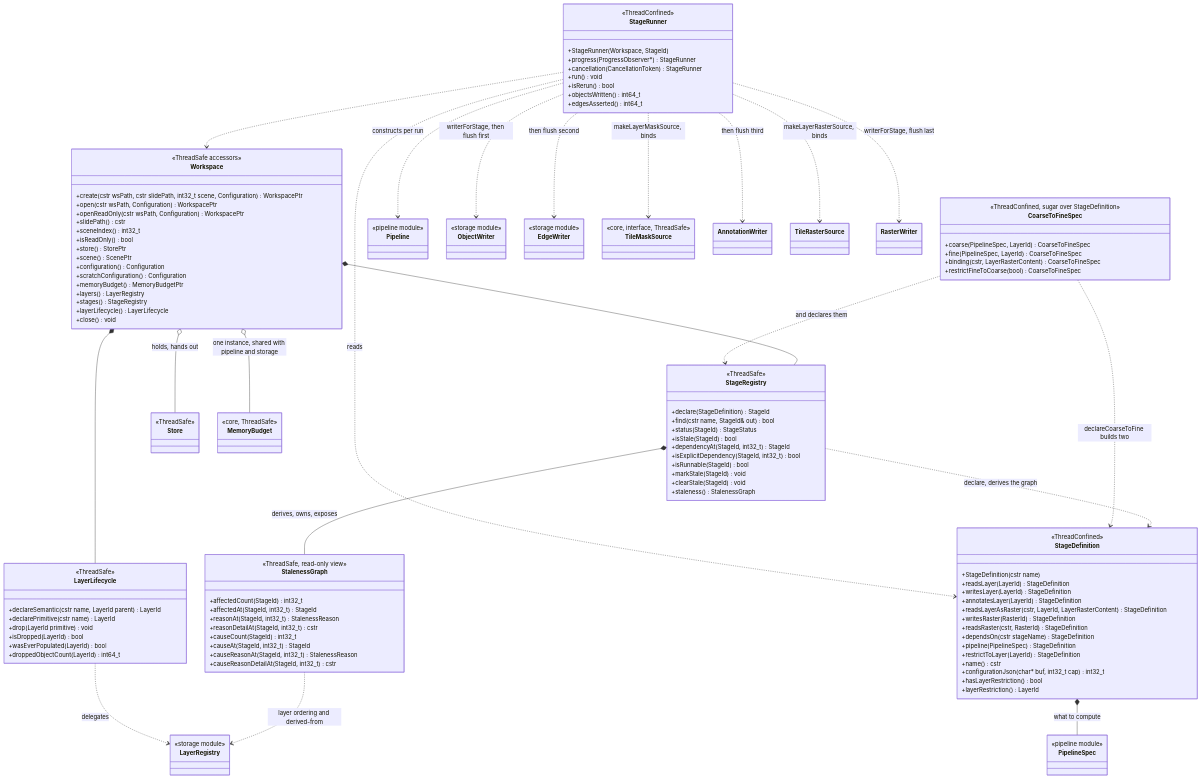
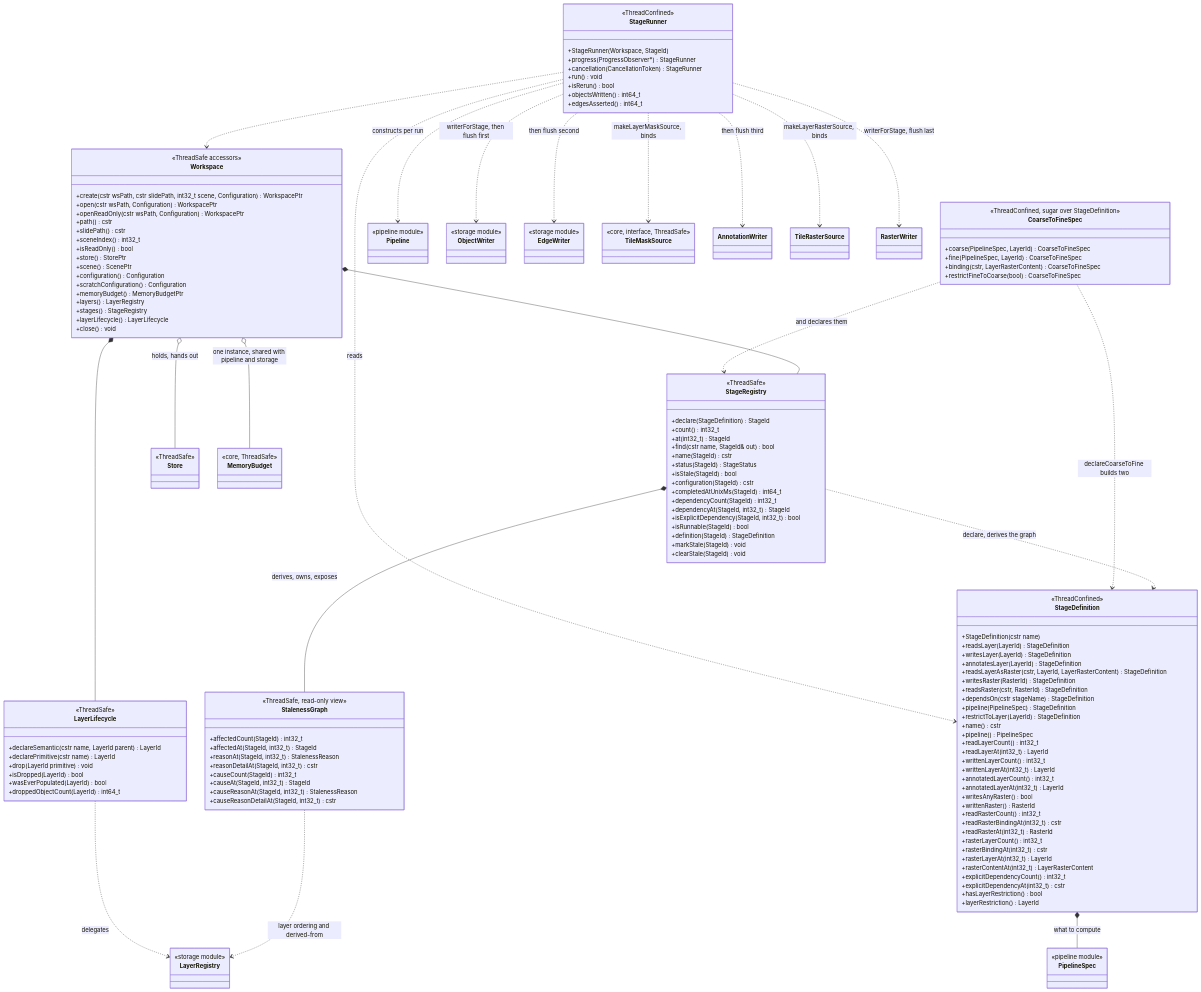
One commit to Booritas/slideio-processor changed the ninth of 14 diagrams in docs/superpowers/specs/sds/08-class-diagrams.md. Above: the diagram before and after it, drawn with Mermaid. The commit also changed 6 other files, not shown here.

```diff
--- a/docs/superpowers/specs/sds/08-class-diagrams.md
+++ b/docs/superpowers/specs/sds/08-class-diagrams.md
@@ -1020,6 +1020,7 @@
         +create(cstr wsPath, cstr slidePath, int32_t scene, Configuration) WorkspacePtr
         +open(cstr wsPath, Configuration) WorkspacePtr
         +openReadOnly(cstr wsPath, Configuration) WorkspacePtr
+        +path() cstr
         +slidePath() cstr
         +sceneIndex() int32_t
         +isReadOnly() bool
@@ -1055,7 +1056,24 @@
         +pipeline(PipelineSpec) StageDefinition
         +restrictToLayer(LayerId) StageDefinition
         +name() cstr
-        +configurationJson(char* buf, int32_t cap) int32_t
+        +pipeline() PipelineSpec
+        +readLayerCount() int32_t
+        +readLayerAt(int32_t) LayerId
+        +writtenLayerCount() int32_t
+        +writtenLayerAt(int32_t) LayerId
+        +annotatedLayerCount() int32_t
+        +annotatedLayerAt(int32_t) LayerId
+        +writesAnyRaster() bool
+        +writtenRaster() RasterId
+        +readRasterCount() int32_t
+        +readRasterBindingAt(int32_t) cstr
+        +readRasterAt(int32_t) RasterId
+        +rasterLayerCount() int32_t
+        +rasterBindingAt(int32_t) cstr
+        +rasterLayerAt(int32_t) LayerId
+        +rasterContentAt(int32_t) LayerRasterContent
+        +explicitDependencyCount() int32_t
+        +explicitDependencyAt(int32_t) cstr
         +hasLayerRestriction() bool
         +layerRestriction() LayerId
     }
@@ -1063,15 +1081,21 @@
     class StageRegistry {
         <<ThreadSafe>>
         +declare(StageDefinition) StageId
+        +count() int32_t
+        +at(int32_t) StageId
         +find(cstr name, StageId& out) bool
+        +name(StageId) cstr
         +status(StageId) StageStatus
         +isStale(StageId) bool
+        +configuration(StageId) cstr
+        +completedAtUnixMs(StageId) int64_t
+        +dependencyCount(StageId) int32_t
         +dependencyAt(StageId, int32_t) StageId
         +isExplicitDependency(StageId, int32_t) bool
         +isRunnable(StageId) bool
+        +definition(StageId) StageDefinition
         +markStale(StageId) void
         +clearStale(StageId) void
-        +staleness() StalenessGraph
     }
 
     class StageRunner {
```
